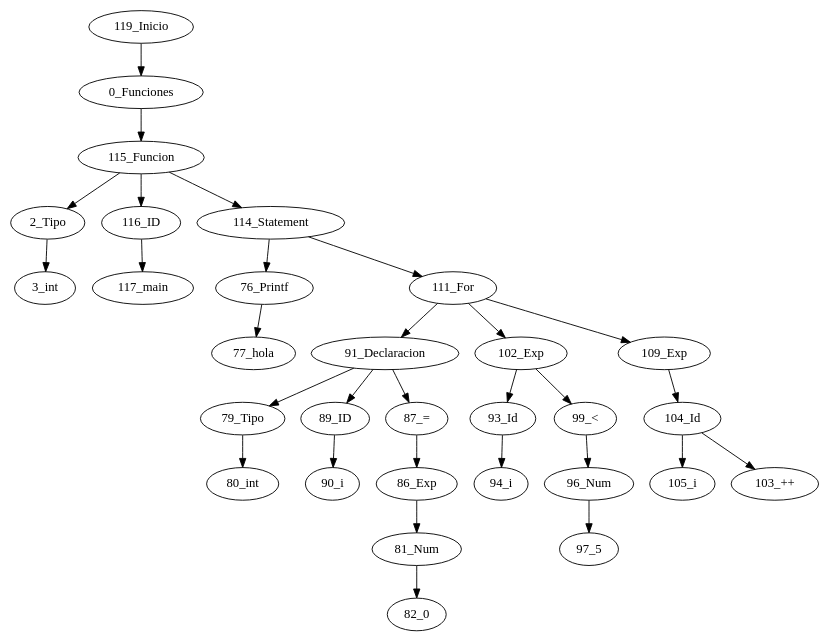
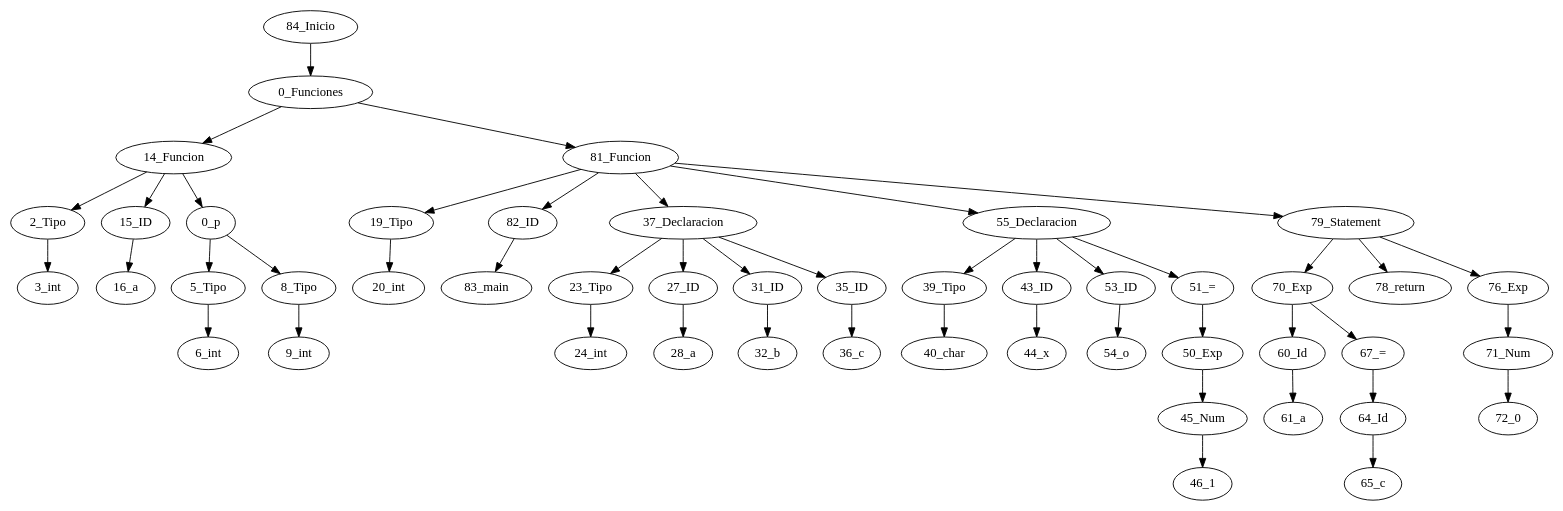
The diagram in Interfaz/src/Analizador/generado.dot (IlianaPinto/Mini-C), drawn with Graphviz before and after one commit. The commit also changed 2 other files, not shown here.

```diff
--- a/Interfaz/src/Analizador/generado.dot
+++ b/Interfaz/src/Analizador/generado.dot
@@ -1,31 +1,49 @@
 digraph {
-"119_Inicio" -> "0_Funciones";
-"0_Funciones" -> "115_Funcion";
-"115_Funcion" -> "2_Tipo";
+"84_Inicio" -> "0_Funciones";
+"0_Funciones" -> "14_Funcion";
+"14_Funcion" -> "2_Tipo";
 "2_Tipo" -> "3_int";
-"115_Funcion" -> "116_ID";
-"116_ID" -> "117_main";
-"115_Funcion" -> "114_Statement";
-"114_Statement" -> "76_Printf";
-"76_Printf" -> "77_hola";
-"114_Statement" -> "111_For";
-"111_For" -> "91_Declaracion";
-"91_Declaracion" -> "79_Tipo";
-"79_Tipo" -> "80_int";
-"91_Declaracion" -> "89_ID";
-"89_ID" -> "90_i";
-"91_Declaracion" -> "87_=";
-"87_=" -> "86_Exp";
-"86_Exp" -> "81_Num";
-"81_Num" -> "82_0";
-"111_For" -> "102_Exp";
-"102_Exp" -> "93_Id";
-"93_Id" -> "94_i";
-"102_Exp" -> "99_<";
-"99_<" -> "96_Num";
-"96_Num" -> "97_5";
-"111_For" -> "109_Exp";
-"109_Exp" -> "104_Id";
-"104_Id" -> "105_i";
-"104_Id" -> "103_++";
+"14_Funcion" -> "15_ID";
+"15_ID" -> "16_a";
+"14_Funcion" -> "0_p";
+"0_p" -> "5_Tipo";
+"5_Tipo" -> "6_int";
+"0_p" -> "8_Tipo";
+"8_Tipo" -> "9_int";
+"0_Funciones" -> "81_Funcion";
+"81_Funcion" -> "19_Tipo";
+"19_Tipo" -> "20_int";
+"81_Funcion" -> "82_ID";
+"82_ID" -> "83_main";
+"81_Funcion" -> "37_Declaracion";
+"37_Declaracion" -> "23_Tipo";
+"23_Tipo" -> "24_int";
+"37_Declaracion" -> "27_ID";
+"27_ID" -> "28_a";
+"37_Declaracion" -> "31_ID";
+"31_ID" -> "32_b";
+"37_Declaracion" -> "35_ID";
+"35_ID" -> "36_c";
+"81_Funcion" -> "55_Declaracion";
+"55_Declaracion" -> "39_Tipo";
+"39_Tipo" -> "40_char";
+"55_Declaracion" -> "43_ID";
+"43_ID" -> "44_x";
+"55_Declaracion" -> "53_ID";
+"53_ID" -> "54_o";
+"55_Declaracion" -> "51_=";
+"51_=" -> "50_Exp";
+"50_Exp" -> "45_Num";
+"45_Num" -> "46_1";
+"81_Funcion" -> "79_Statement";
+"79_Statement" -> "70_Exp";
+"70_Exp" -> "60_Id";
+"60_Id" -> "61_a";
+"70_Exp" -> "67_=";
+"67_=" -> "64_Id";
+"64_Id" -> "65_c";
+"79_Statement" -> "78_return";
+"79_Statement" -> "76_Exp";
+"76_Exp" -> "71_Num";
+"71_Num" -> "72_0";
 }
```
